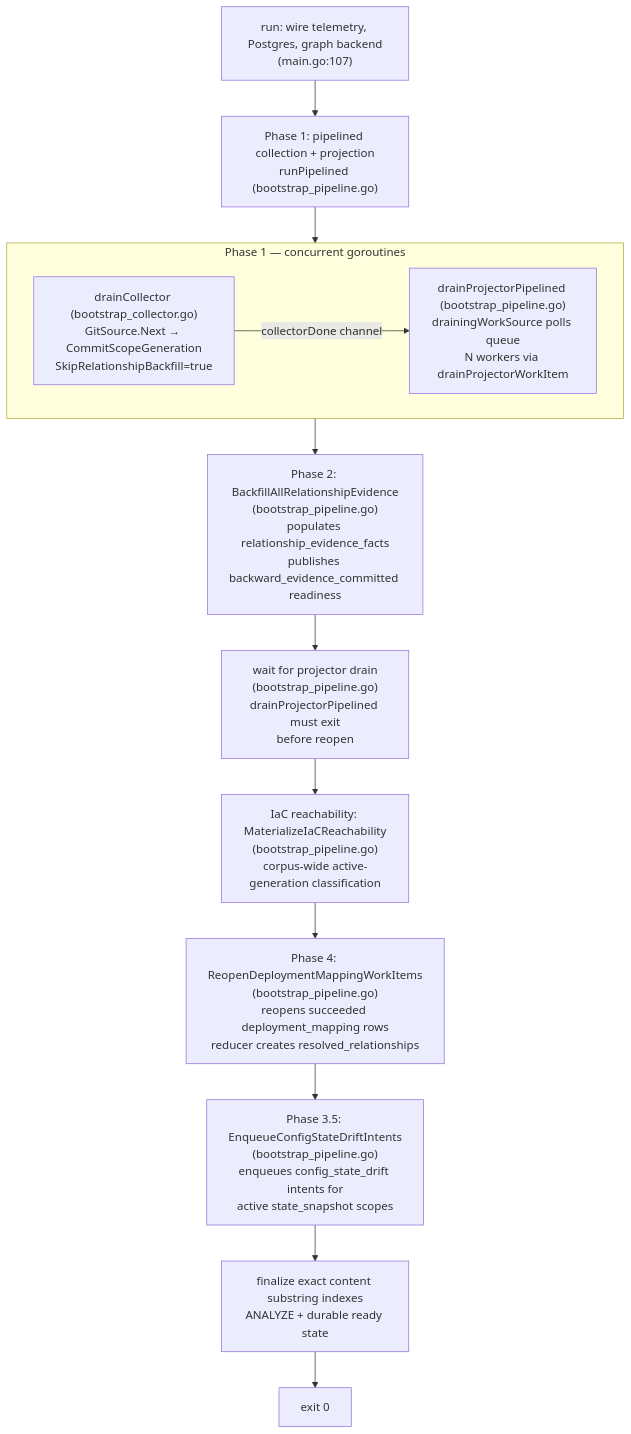
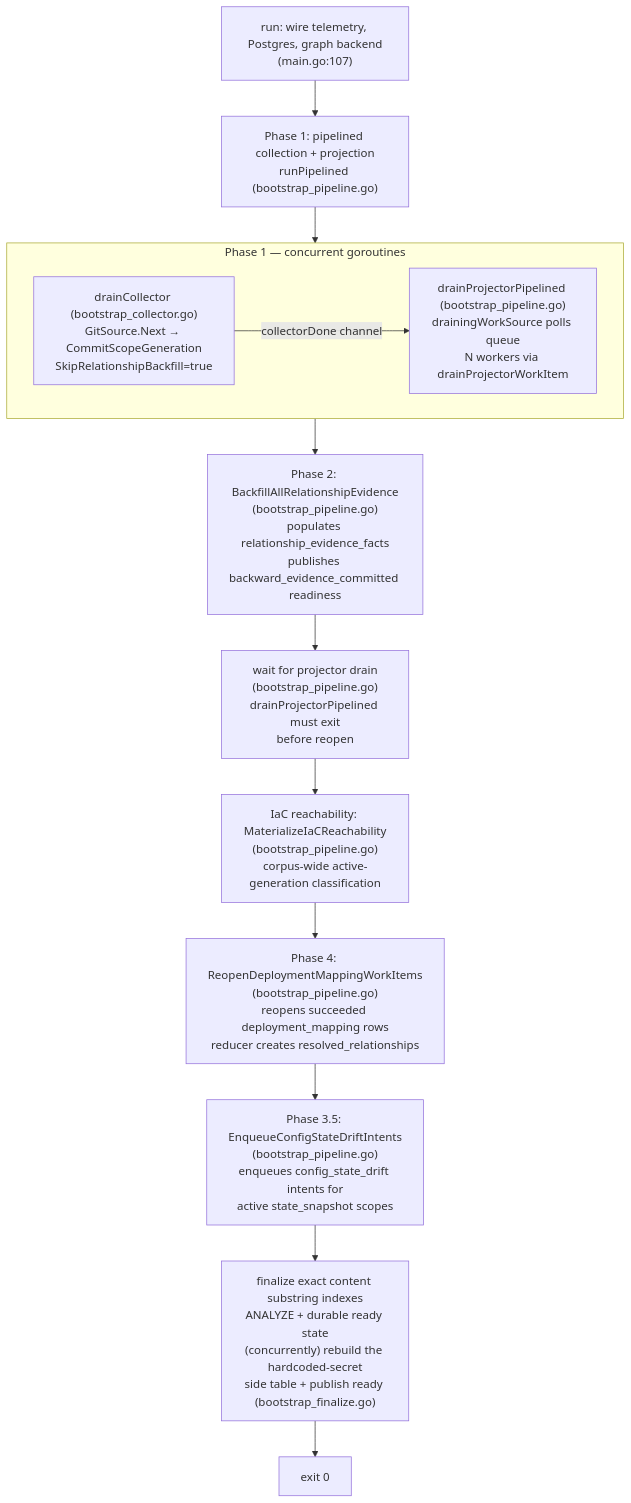
Before and after one commit to eshu-hq/eshu: the diagram in go/cmd/bootstrap-index/README.md, drawn with Mermaid. The commit also changed other lines of this file and 73 other files, not shown here.

Commit message:
perf(7125): derive hardcoded-secret findings into a side table

````diff
--- a/go/cmd/bootstrap-index/README.md
+++ b/go/cmd/bootstrap-index/README.md
@@ -40,20 +40,20 @@
 ```mermaid
 flowchart TD
     A["run: wire telemetry, Postgres, graph backend\n(main.go:107)"]
     A --> B["Phase 1: pipelined collection + projection\nrunPipelined (bootstrap_pipeline.go)"]
 
     subgraph Phase1["Phase 1 — concurrent goroutines"]
         C["drainCollector (bootstrap_collector.go)\nGitSource.Next → CommitScopeGeneration\nSkipRelationshipBackfill=true"]
         D["drainProjectorPipelined (bootstrap_pipeline.go)\ndrainingWorkSource polls queue\nN workers via drainProjectorWorkItem"]
         C -- "collectorDone channel" --> D
     end
 
     B --> Phase1
     Phase1 --> E["Phase 2: BackfillAllRelationshipEvidence\n(bootstrap_pipeline.go)\npopulates relationship_evidence_facts\npublishes backward_evidence_committed readiness"]
     E --> F["wait for projector drain\n(bootstrap_pipeline.go)\ndrainProjectorPipelined must exit\nbefore reopen"]
     F --> G["IaC reachability: MaterializeIaCReachability\n(bootstrap_pipeline.go)\ncorpus-wide active-generation classification"]
     G --> H["Phase 4: ReopenDeploymentMappingWorkItems\n(bootstrap_pipeline.go)\nreopens succeeded deployment_mapping rows\nreducer creates resolved_relationships"]
     H --> H2["Phase 3.5: EnqueueConfigStateDriftIntents\n(bootstrap_pipeline.go)\nenqueues config_state_drift intents for\nactive state_snapshot scopes"]
-    H2 --> I["finalize exact content substring indexes\nANALYZE + durable ready state"]
+    H2 --> I["finalize exact content substring indexes\nANALYZE + durable ready state\n(concurrently) rebuild the hardcoded-secret\nside table + publish ready (bootstrap_finalize.go)"]
     I --> J["exit 0"]
 ```
````
